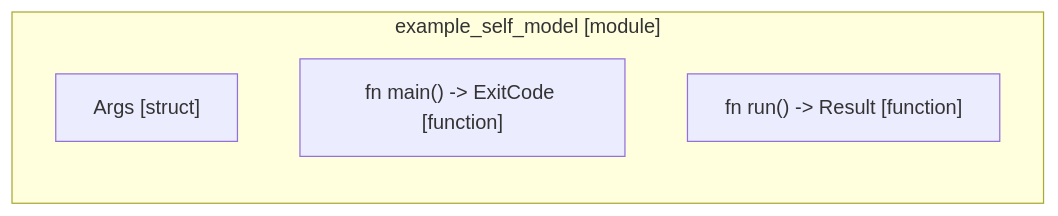
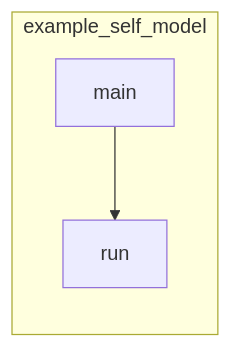
The fourth of 4 diagrams in docs/self-model/robby_cli/example_self_model/index.md (RyanGuild/self-describing-code), drawn with Mermaid before and after one commit. The commit also changed other lines of this file and 1404 other files, not shown here.

````diff
--- a/docs/self-model/robby_cli/example_self_model/index.md
+++ b/docs/self-model/robby_cli/example_self_model/index.md
@@ -11,9 +55,9 @@
 ```mermaid
-flowchart TD
-    subgraph n_c58f68f7fc449f63["example_self_model [module]"]
+flowchart TB
+    subgraph n_c58f68f7fc449f63["example_self_model"]
         direction TB
-        n_35825742bf4c87c6["Args [struct]"]
-        n_59c2c49c5fb01842["fn main() -> ExitCode [function]"]
-        n_32b42d0d55443cd4["fn run() -> Result<ExitCode> [function]"]
+        n_59c2c49c5fb01842["main"]
+        n_32b42d0d55443cd4["run"]
     end
+    n_59c2c49c5fb01842 --> n_32b42d0d55443cd4
 ```
````
